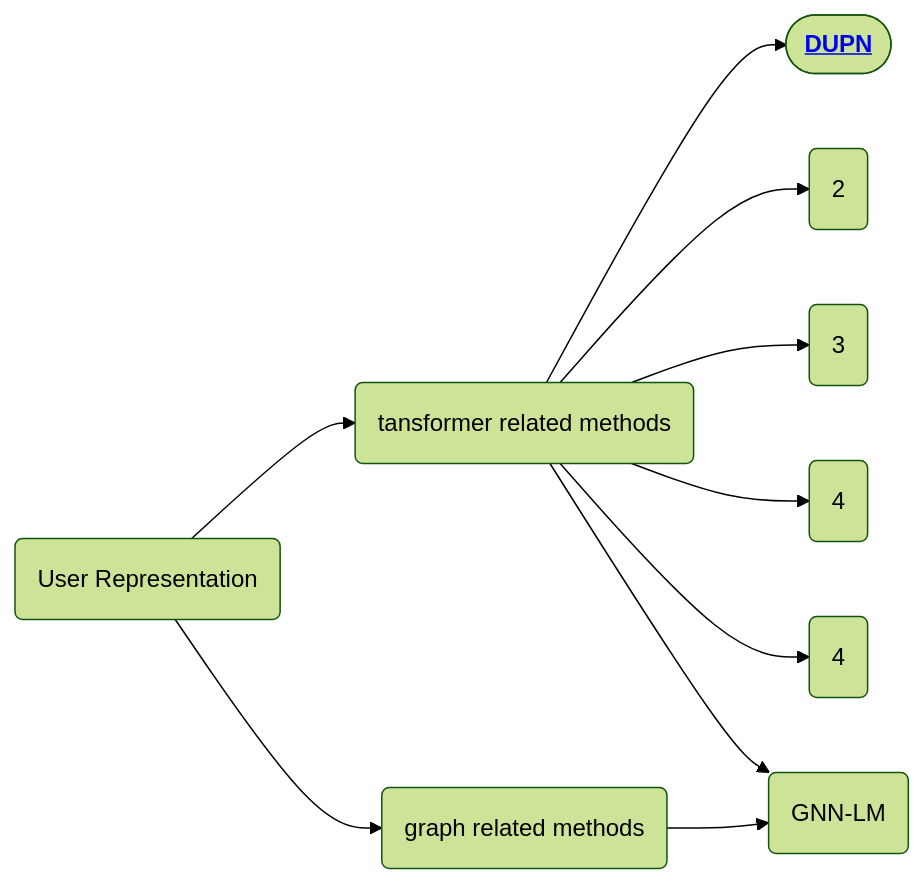
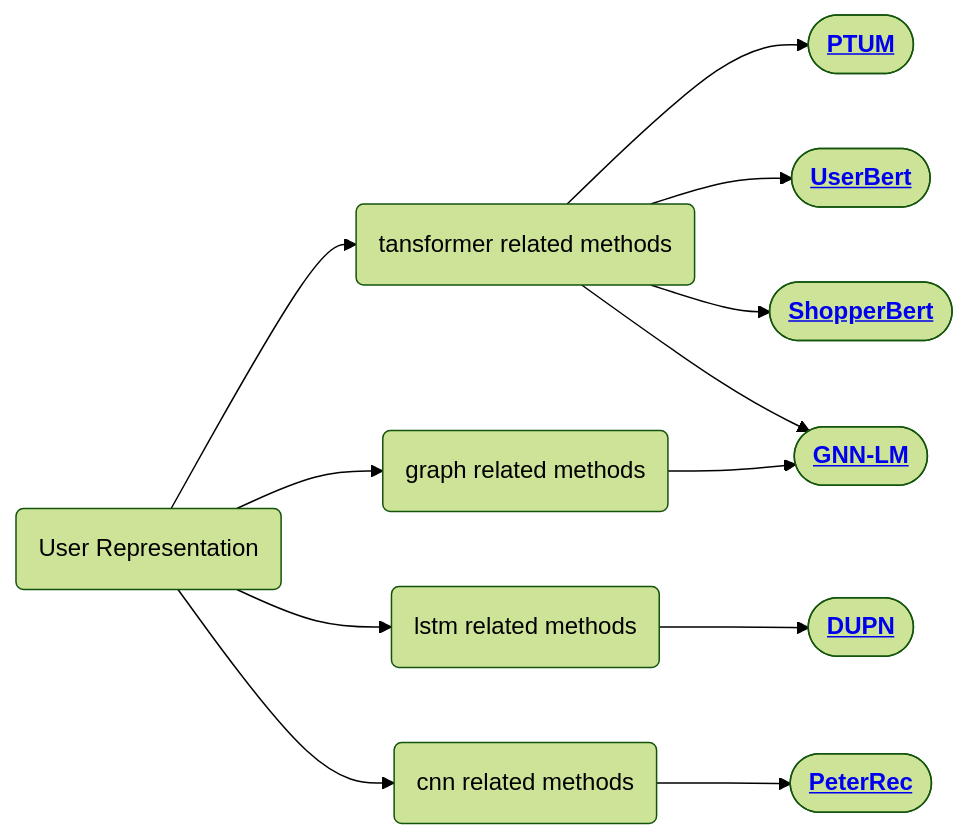
One commit to Souls362/MyResearch changed the diagram in User/my_summary.md. Above: the diagram before and after it, drawn with Mermaid (forest theme). The commit also changed other lines of this file, not shown here.

````diff
--- a/User/my_summary.md
+++ b/User/my_summary.md
@@ -24,13 +24,15 @@
 ```mermaid
 graph LR;
 user_representation(User Representation)--> tansformer_related(tansformer related methods);
+user_representation(User Representation)--> lstm_related(lstm related methods);
+user_representation(User Representation)--> cnn_related(cnn related methods);
 user_representation-->graph_related(graph related methods);
-tansformer_related--> paper1([<a href='https://arxiv.org/pdf/1805.10727.pdf'><b>DUPN</b></a>]);
-tansformer_related--> paper2(2)
-tansformer_related--> paper3(3)
-tansformer_related--> paper4(4)
-tansformer_related--> paper5(4)
-tansformer_related--> paper6(4)
-graph_related--> paper6(GNN-LM)
+lstm_related--> paper1([<a href='https://arxiv.org/pdf/1805.10727.pdf'><b>DUPN</b></a>]);
+cnn_related--> paper2([<a href='https://arxiv.org/pdf/2001.04253.pdf'><b>PeterRec</b></a>])
+tansformer_related--> paper3([<a href='https://arxiv.org/pdf/2010.01494.pdf'><b>PTUM</b></a>])
+tansformer_related--> paper4([<a href='https://arxiv.org/pdf/2109.01274.pdf'><b>UserBert</b></a>])
+tansformer_related--> paper5([<a href='https://arxiv.org/pdf/2106.00573.pdf'><b>ShopperBert</b></a>])
+tansformer_related--> paper6([<a href='https://arxiv.org/pdf/2110.08743.pdf'><b>GNN-LM</b></a>])
+graph_related--> paper6
 
 ```
````
